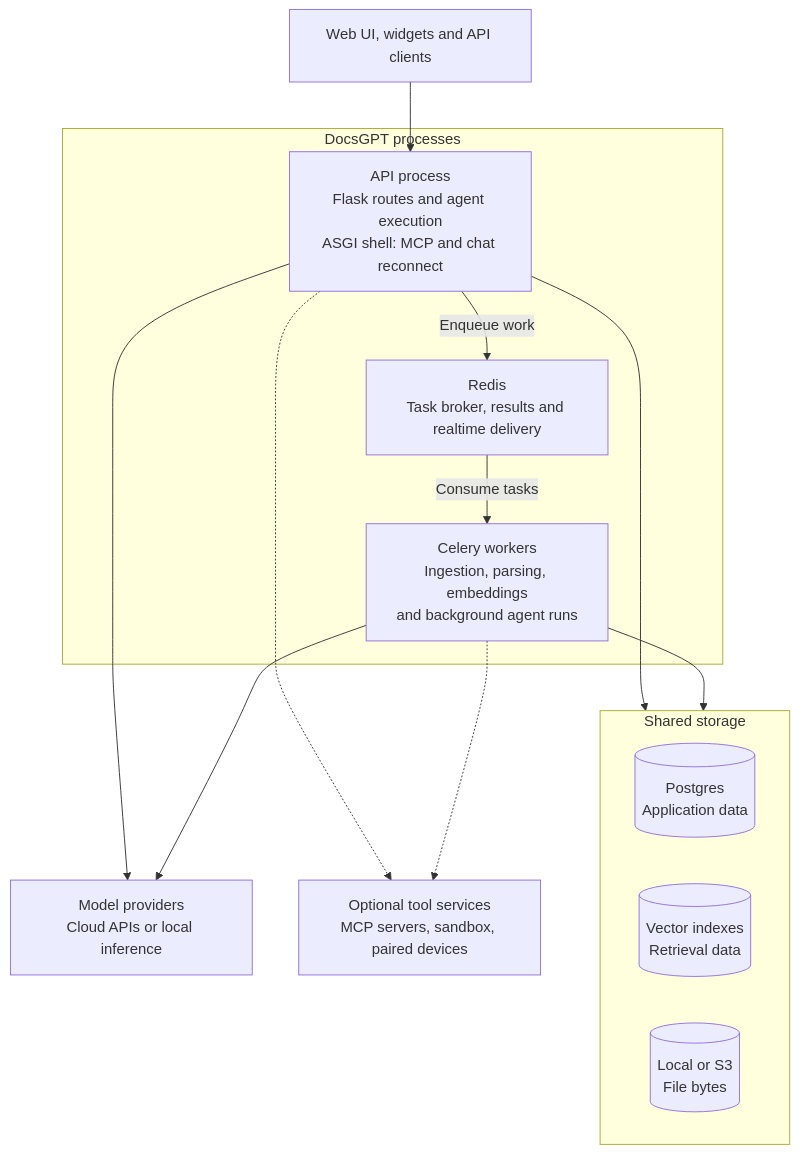
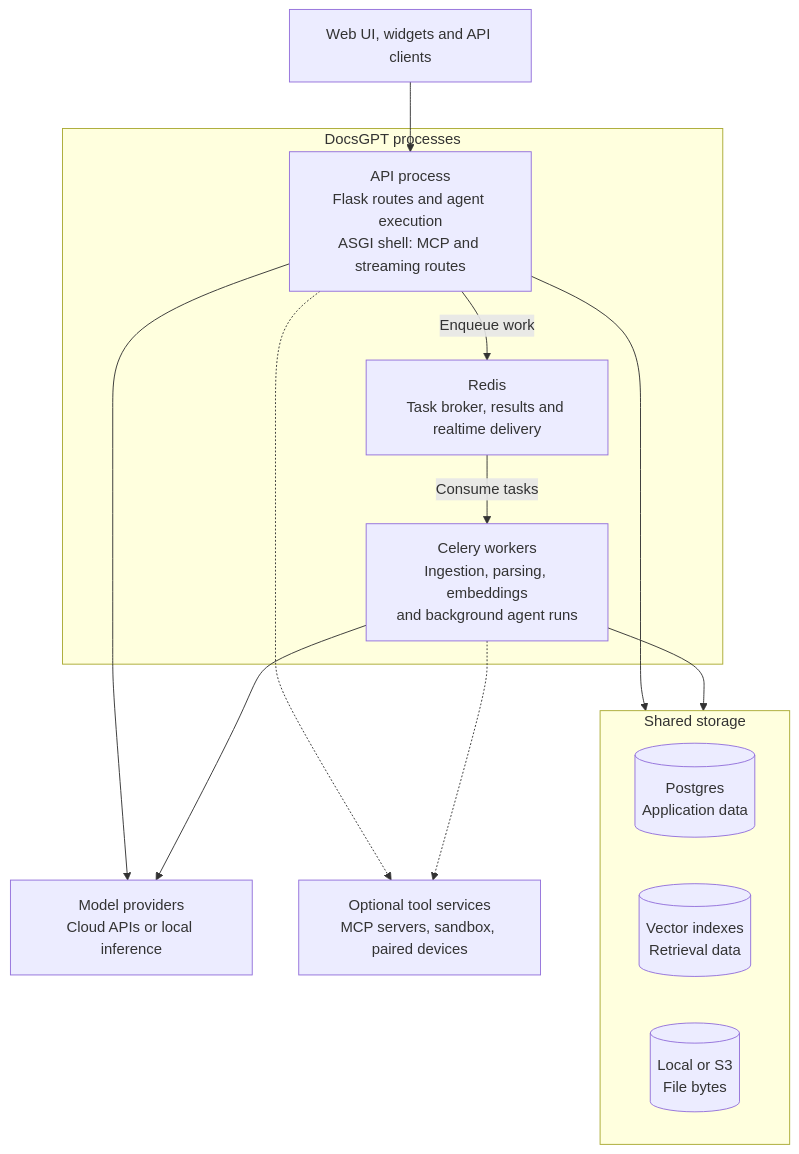
The first of 3 diagrams in docs/content/Guides/Architecture.mdx (arc53/DocsGPT), drawn with Mermaid before and after one commit. The commit also changed other lines of this file and 32 other files, not shown here.

````diff
--- a/docs/content/Guides/Architecture.mdx
+++ b/docs/content/Guides/Architecture.mdx
@@ -18,31 +18,31 @@
 ```mermaid
 flowchart TB
     accTitle: DocsGPT runtime and shared services
     accDescr: Clients call the API. The API queues work through Redis for Celery workers. Both processes use storage, models, and optional tool services.
     Clients["Web UI, widgets and API clients"] --> API
 
     subgraph Runtime["DocsGPT processes"]
-        API["API process<br/>Flask routes and agent execution<br/>ASGI shell: MCP and chat reconnect"]
+        API["API process<br/>Flask routes and agent execution<br/>ASGI shell: MCP and streaming routes"]
         Redis["Redis<br/>Task broker, results and realtime delivery"]
         Worker["Celery workers<br/>Ingestion, parsing, embeddings<br/>and background agent runs"]
         API -->|"Enqueue work"| Redis
         Redis -->|"Consume tasks"| Worker
     end
 
     subgraph Storage["Shared storage"]
         direction LR
         Postgres[("Postgres<br/>Application data")]
         Indexes[("Vector indexes<br/>Retrieval data")]
         Files[("Local or S3<br/>File bytes")]
     end
 
     Models["Model providers<br/>Cloud APIs or local inference"]
     Tools["Optional tool services<br/>MCP servers, sandbox, paired devices"]
 
     API --> Storage
     Worker --> Storage
     API --> Models
     Worker --> Models
     API -.-> Tools
     Worker -.-> Tools
 ```
````
